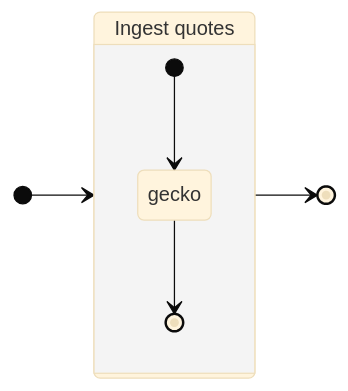
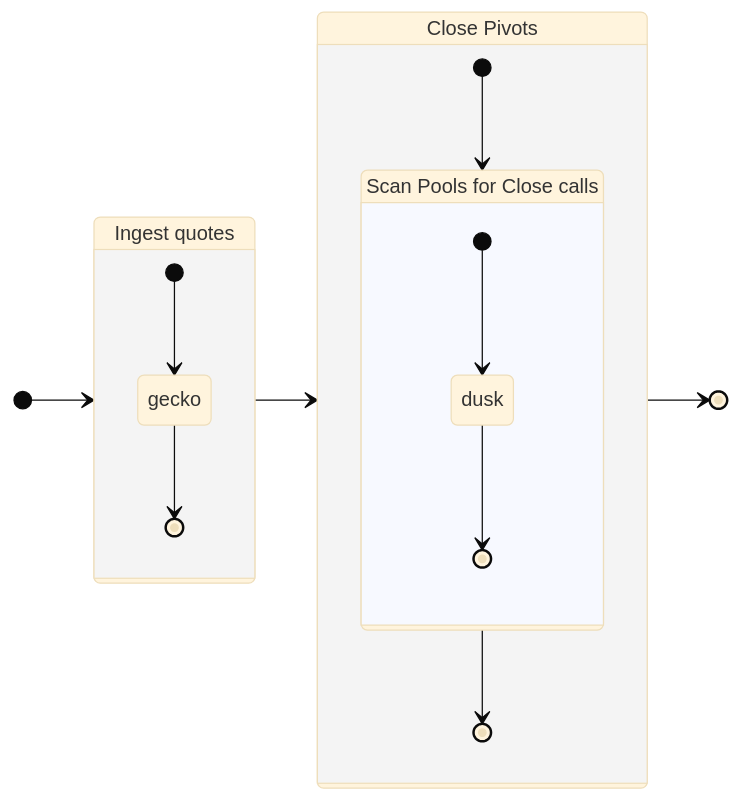
Before and after one commit to pivoteur/protocol: the diagram in dapps/README.md, drawn with Mermaid (base theme).

Commit message:
added dusk with wrapper

````diff
--- a/dapps/README.md
+++ b/dapps/README.md
@@ -5,11 +5,25 @@
 ```mermaid
 stateDiagram-v2
    direction LR
-   [*] --> State1
-   State1 --> [*]
-   State1: Ingest quotes
-   state State1 {
+   [*] --> Quotes
+   Quotes --> Closes
+   Closes --> [*]
+
+   Quotes: Ingest quotes
+   state Quotes {
       [*] --> gecko
       gecko --> [*]
    }
+
+   Closes: Close Pivots
+   state Closes {
+      [*] --> Scan
+      Scan --> [*]
+
+      Scan: Scan Pools for Close calls
+      state Scan {
+         [*] --> dusk
+         dusk --> [*]
+      }
+   }
 ```
````
